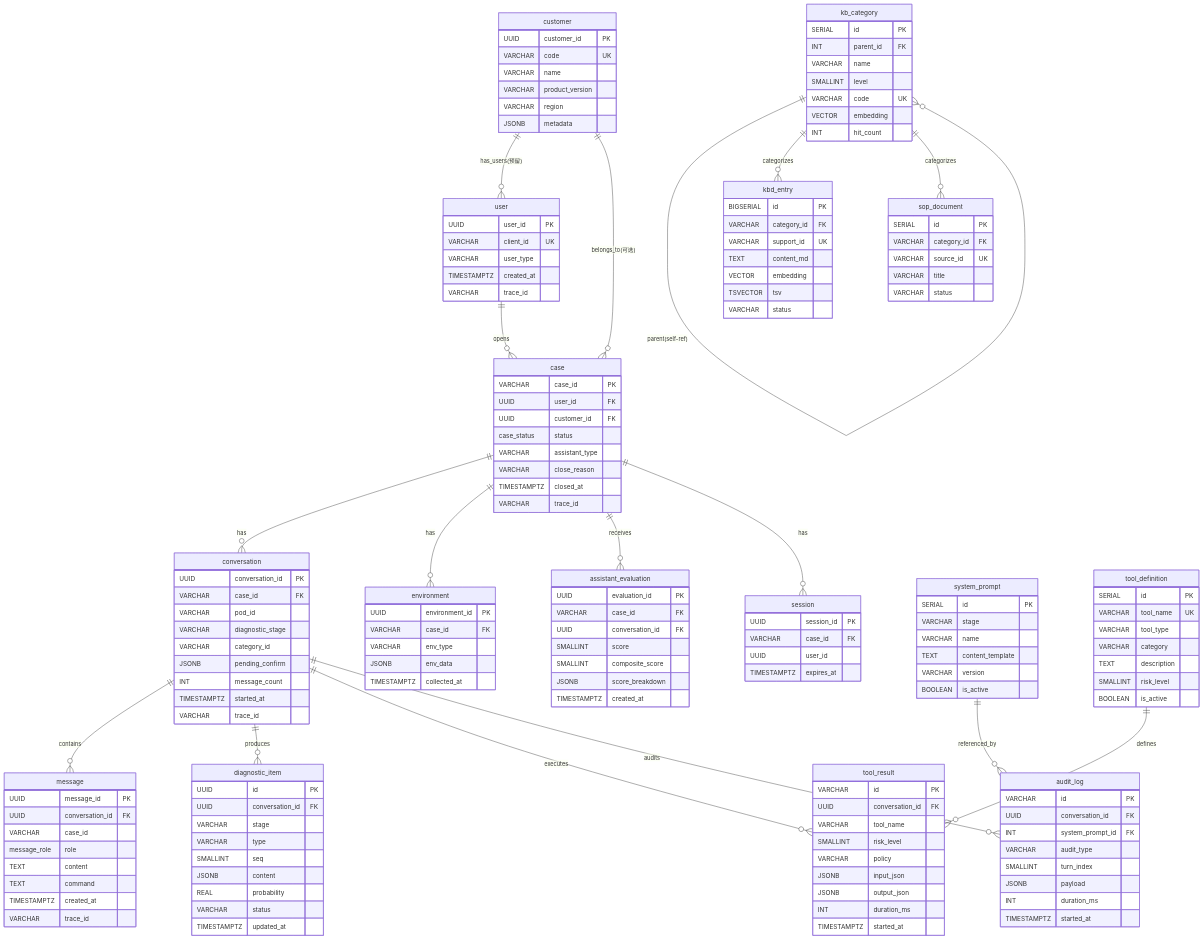
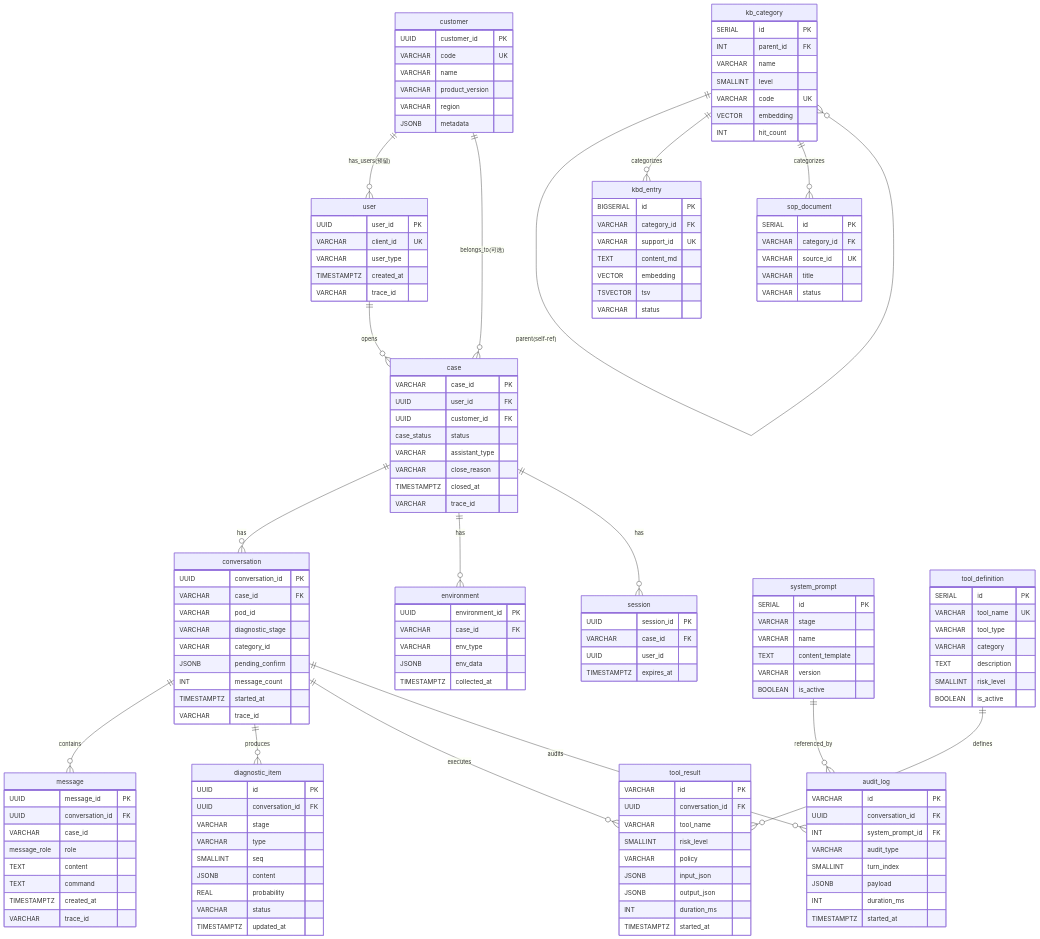
One commit to RoyinRolland/hci-troubleshoot-platform changed the first of 3 diagrams in docs/solution/数据库设计.md. Above: the diagram before and after it, drawn with Mermaid. The commit also changed other lines of this file and 8 other files, not shown here.

First line of the commit message:
chore(db): 整表删除 assistant_evaluation（数据库设计 v7.52） (#1264)

```diff
--- a/docs/solution/数据库设计.md
+++ b/docs/solution/数据库设计.md
@@ -155,7 +156,6 @@
     "user" ||--o{ "case" : "opens"
     "case" ||--o{ conversation : "has"
     "case" ||--o{ environment : "has"
-    "case" ||--o{ assistant_evaluation : "receives"
     "case" ||--o{ session : "has"
     conversation ||--o{ message : "contains"
     conversation ||--o{ diagnostic_item : "produces"
@@ -198,15 +198,6 @@
         VARCHAR env_type
         JSONB env_data
         TIMESTAMPTZ collected_at
-    }
-    assistant_evaluation {
-        UUID evaluation_id PK
-        VARCHAR case_id FK
-        UUID conversation_id FK
-        SMALLINT score
-        SMALLINT composite_score
-        JSONB score_breakdown
-        TIMESTAMPTZ created_at
     }
     session {
         UUID session_id PK
```
